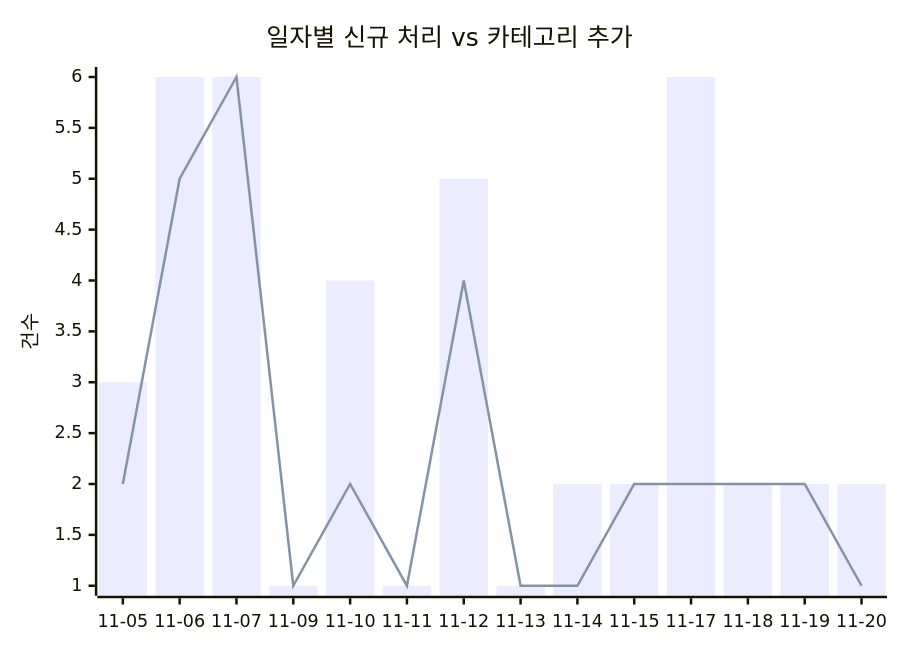
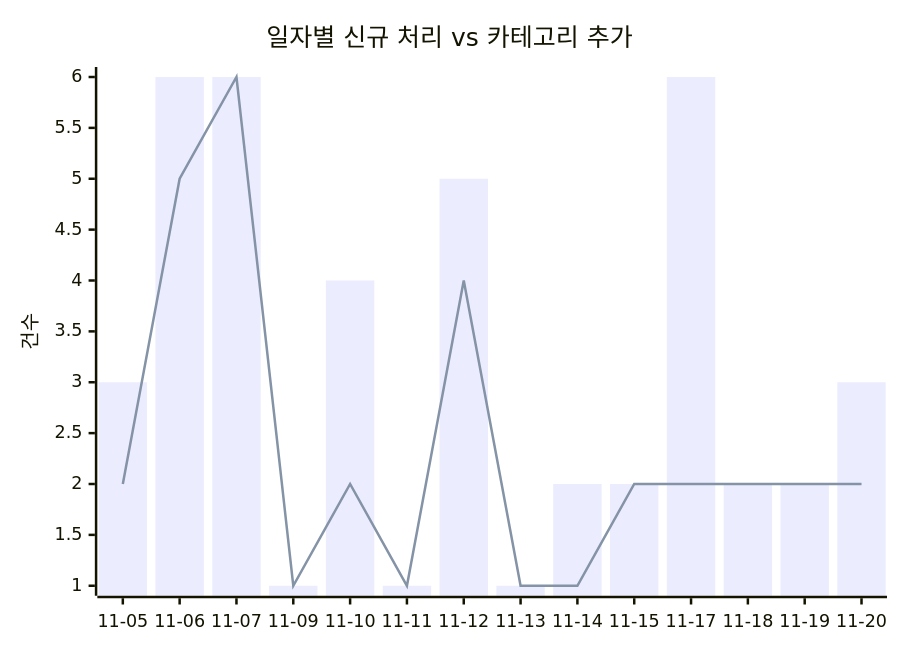
One commit to J-nowcow/awesome-korean-agent-skills changed the first of 2 diagrams in docs/trends.md. Above: the diagram before and after it, drawn with Mermaid. The commit also changed other lines of this file and 4 other files, not shown here.

````diff
--- a/docs/trends.md
+++ b/docs/trends.md
@@ -32,8 +32,8 @@
 ```mermaid
 xychart-beta
     title "일자별 신규 처리 vs 카테고리 추가"
     x-axis ["11-05","11-06","11-07","11-09","11-10","11-11","11-12","11-13","11-14","11-15","11-17","11-18","11-19","11-20"]
     y-axis "건수"
-    bar [3,6,6,1,4,1,5,1,2,2,6,2,2,2]
-    line [2,5,6,1,2,1,4,1,1,2,2,2,2,1]
+    bar [3,6,6,1,4,1,5,1,2,2,6,2,2,3]
+    line [2,5,6,1,2,1,4,1,1,2,2,2,2,2]
 ```
````
